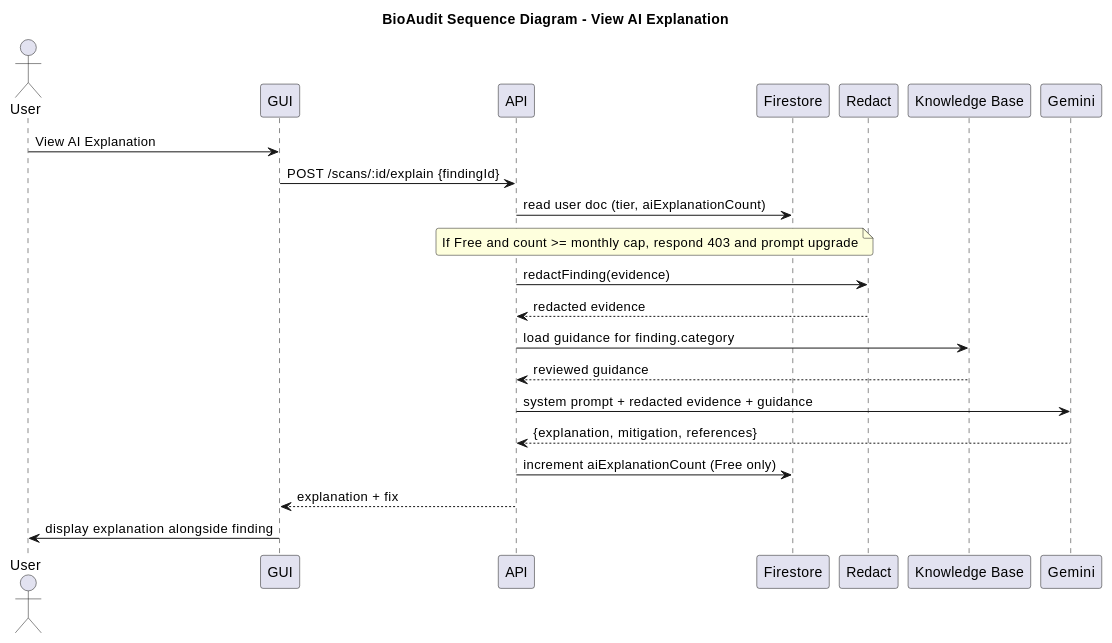
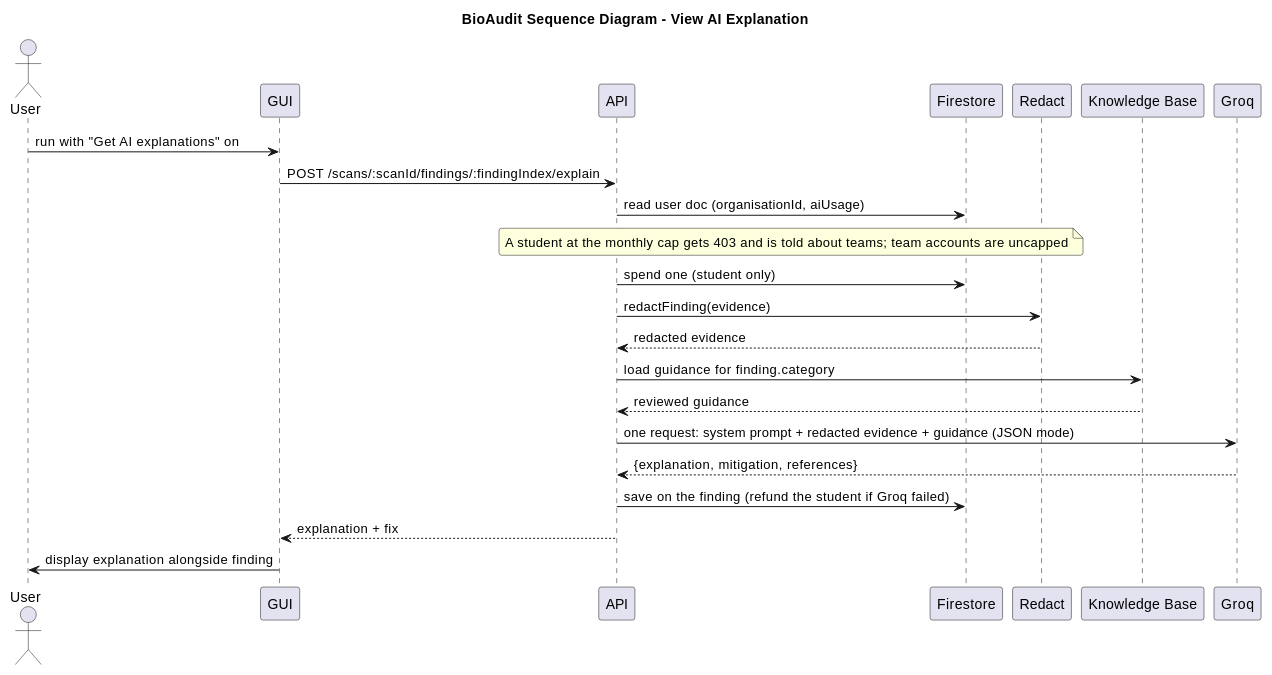
Before and after one commit to FYP-UOW-2026/Final_Year_Project: the fourth of 7 diagrams in backend/docs/TDM-sequence-diagrams-plantuml.md, drawn with PlantUML. The commit also changed other lines of this file and 9 other files, not shown here.

````diff
--- a/backend/docs/TDM-sequence-diagrams-plantuml.md
+++ b/backend/docs/TDM-sequence-diagrams-plantuml.md
@@ -141,38 +141,39 @@
 ```plantuml
 @startuml
 title BioAudit Sequence Diagram - View AI Explanation
 
 skinparam roundCorner 5
 skinparam ParticipantBorderColor #181818
 skinparam ParticipantBorderThickness 0.5
 skinparam ParticipantFontColor #000000
 skinparam ParticipantFontSize 14
 skinparam ActorBorderColor #181818
 skinparam ActorFontColor #000000
 skinparam ActorFontSize 14
 skinparam SequenceLifeLineBorderColor #181818
 skinparam SequenceLifeLineBorderThickness 0.5
 
 actor User
 participant GUI
 participant API
 participant Firestore
 participant Redact
 participant "Knowledge Base" as KB
-participant Gemini
+participant Groq
 
-User -> GUI: View AI Explanation
-GUI -> API: POST /scans/:id/explain {findingId}
-API -> Firestore: read user doc (tier, aiExplanationCount)
-note over API, Firestore: If Free and count >= monthly cap, respond 403 and prompt upgrade
+User -> GUI: run with "Get AI explanations" on
+GUI -> API: POST /scans/:scanId/findings/:findingIndex/explain
+API -> Firestore: read user doc (organisationId, aiUsage)
+note over API, Firestore: A student at the monthly cap gets 403 and is told about teams; team accounts are uncapped
+API -> Firestore: spend one (student only)
 API -> Redact: redactFinding(evidence)
 Redact --> API: redacted evidence
 API -> KB: load guidance for finding.category
 KB --> API: reviewed guidance
-API -> Gemini: system prompt + redacted evidence + guidance
-Gemini --> API: {explanation, mitigation, references}
-API -> Firestore: increment aiExplanationCount (Free only)
+API -> Groq: one request: system prompt + redacted evidence + guidance (JSON mode)
+Groq --> API: {explanation, mitigation, references}
+API -> Firestore: save on the finding (refund the student if Groq failed)
 API --> GUI: explanation + fix
 GUI -> User: display explanation alongside finding
 @enduml
 ```
````
